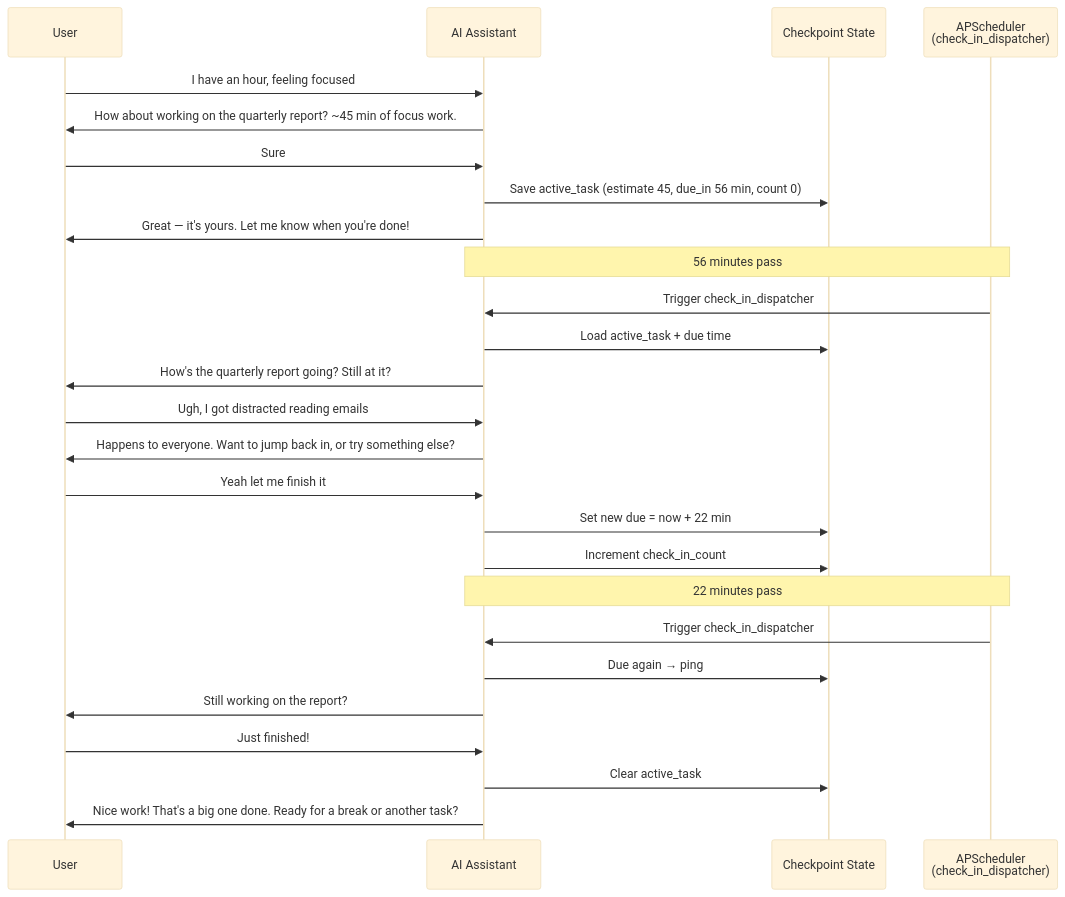
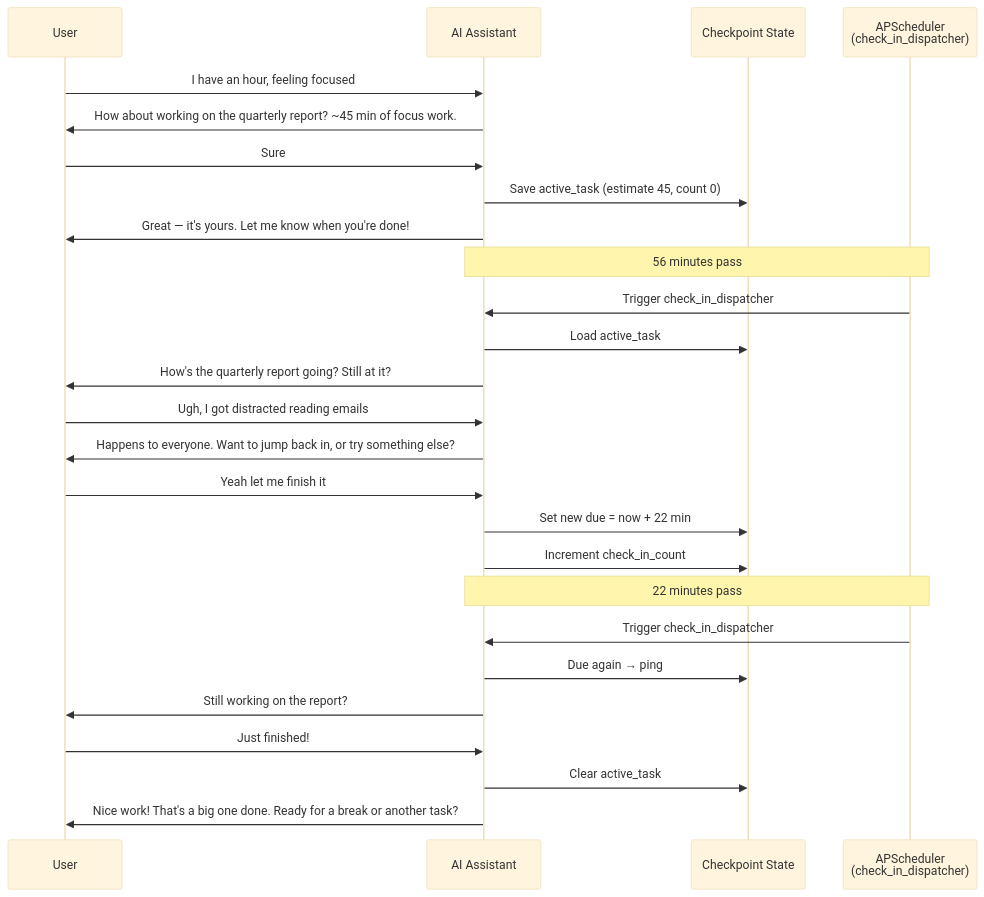
Diagram 28 of 28 in docs/user-interactions.md (NickBorgers/hide-my-list), drawn with Mermaid (base theme) before and after one commit. The commit also changed other lines of this file and 17 other files, not shown here.

````diff
--- a/docs/user-interactions.md
+++ b/docs/user-interactions.md
@@ -941,35 +943,35 @@
 ```mermaid
 sequenceDiagram
     participant U as User
     participant AI as AI Assistant
     participant State as Checkpoint State
     participant Sched as APScheduler<br/>(check_in_dispatcher)
 
     U->>AI: I have an hour, feeling focused
     AI->>U: How about working on the quarterly report? ~45 min of focus work.
     U->>AI: Sure
-    AI->>State: Save active_task (estimate 45, due_in 56 min, count 0)
+    AI->>State: Save active_task (estimate 45, count 0)
     AI->>U: Great — it's yours. Let me know when you're done!
 
     Note over AI,Sched: 56 minutes pass
 
     Sched->>AI: Trigger check_in_dispatcher
-    AI->>State: Load active_task + due time
+    AI->>State: Load active_task
     AI->>U: How's the quarterly report going? Still at it?
 
     U->>AI: Ugh, I got distracted reading emails
     AI->>U: Happens to everyone. Want to jump back in, or try something else?
     U->>AI: Yeah let me finish it
     AI->>State: Set new due = now + 22 min
     AI->>State: Increment check_in_count
 
     Note over AI,Sched: 22 minutes pass
 
     Sched->>AI: Trigger check_in_dispatcher
     AI->>State: Due again → ping
     AI->>U: Still working on the report?
 
     U->>AI: Just finished!
     AI->>State: Clear active_task
     AI->>U: Nice work! That's a big one done. Ready for a break or another task?
 ```
````
